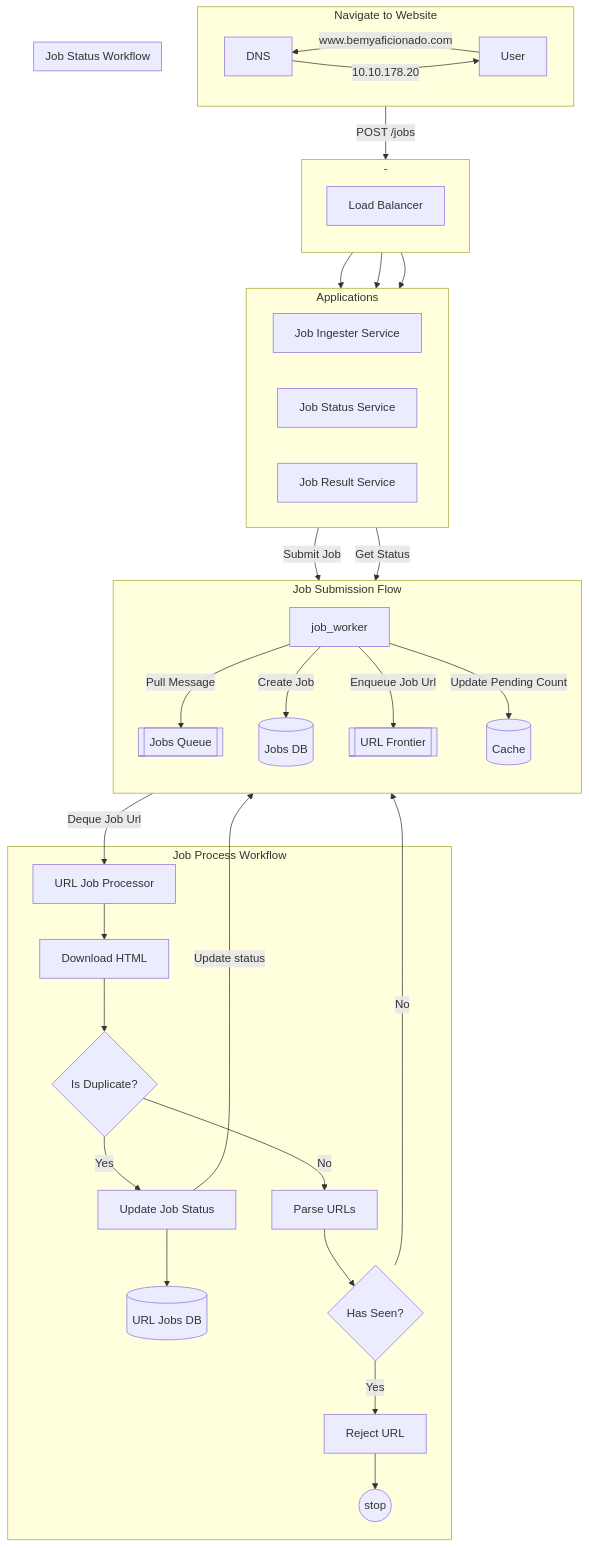
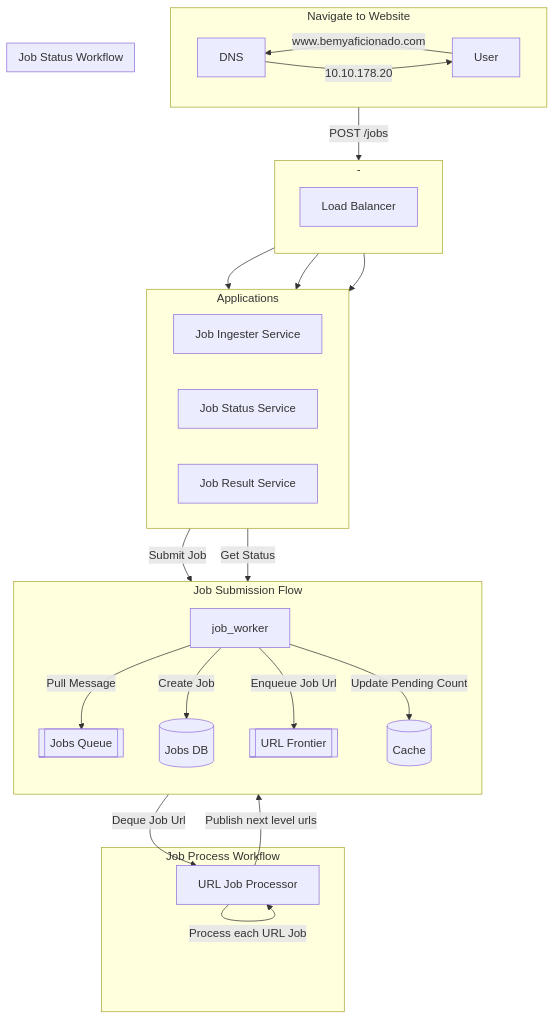
One commit to vslala/algorithms changed the first of 3 diagrams in distributedsystems/src/main/java/webcrawler/README.md. Above: the diagram before and after it, drawn with Mermaid. The commit also changed other lines of this file, not shown here.

````diff
--- a/distributedsystems/src/main/java/webcrawler/README.md
+++ b/distributedsystems/src/main/java/webcrawler/README.md
@@ -45,46 +45,38 @@
 ```mermaid
 flowchart TD
     
     subgraph Navigate to Website
         direction RL
         user["User"] -->|www.bemyaficionado.com| dns["DNS"]
         dns -->|10.10.178.20| user
     end
     subgraph "-"
         direction TB
         user -->|"POST /jobs"| lb["Load Balancer"]
     end
     subgraph Applications 
         direction LR
         lb --> job_ingester_service["Job Ingester Service"]
         lb --> job_status_service["Job Status Service"]
         lb --> job_result_service["Job Result Service"]
     end
     subgraph Job Submission Flow 
         direction TB
         job_ingester_service --> |Submit Job|jobs_queue[["Jobs Queue"]]
         job_worker -->|Pull Message|jobs_queue
         job_worker -->|Create Job|jobs_db[(Jobs DB)]
         job_worker -->|Enqueue Job Url|url_frontier[["URL Frontier"]]
         job_worker -->|Update Pending Count|cache[("Cache")]
     end
 
     subgraph Job Process Workflow
         url_frontier -->|Deque Job Url|url_job_processor["URL Job Processor"]
-        url_job_processor -->html_download["Download HTML"]
-        html_download --> dedup_content{Is Duplicate?}
-        dedup_content -->|Yes|update_job_status["Update Job Status"]
-        update_job_status --> url_jobs_db[(URL Jobs DB)]
-        dedup_content -->|No|parse_url["Parse URLs"]
-        parse_url --> has_seen{"Has Seen?"}
-        has_seen -->|Yes| reject_url["Reject URL"]
-        has_seen -->|No| url_frontier
-        reject_url --> stop((stop))
-        update_job_status -->|Update status|cache
+        url_job_processor -->|"Process each URL Job"| url_job_processor
+        url_job_processor -->|"Publish next level urls"| url_frontier
     end
     
     subgraph Job Status Workflow
         job_status_service -->|Get Status| cache
     end
 
 ```
````
